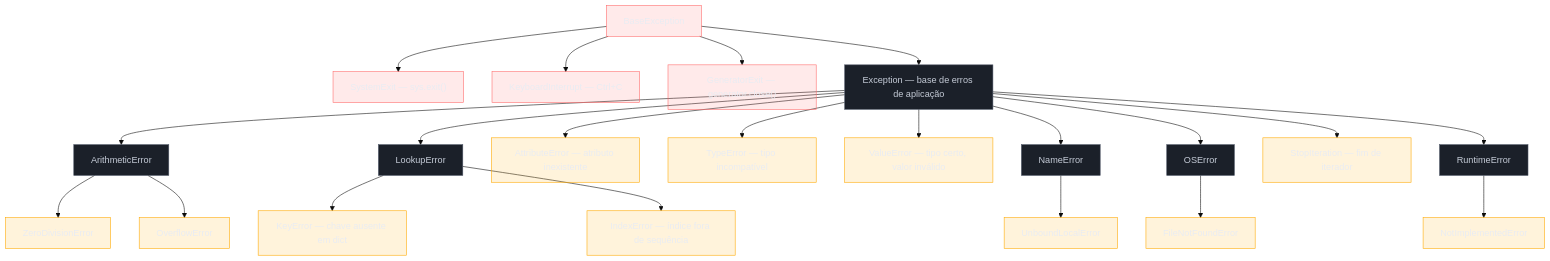
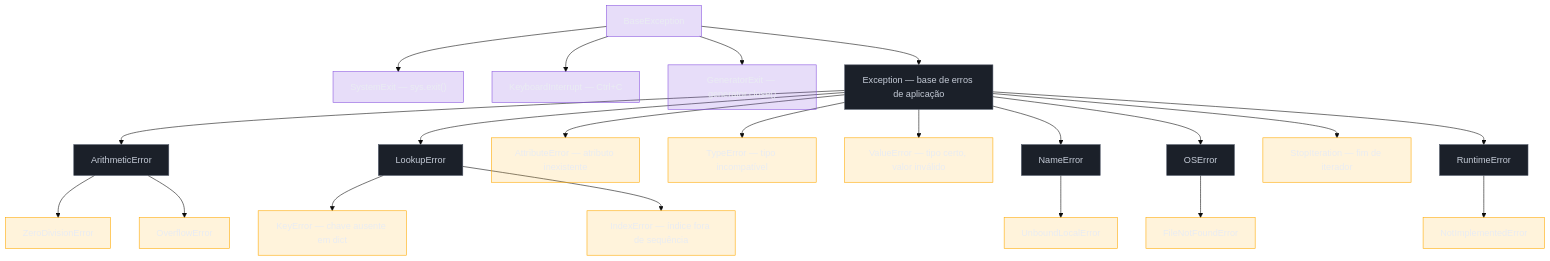
One commit to josenaldo/codex-technomanticus changed the second of 2 diagrams in 03-Dominios/Tecnologia/Python/Core/08 - Erros e exceções.md. Above: the diagram before and after it, drawn with Mermaid (base theme). The commit also changed other lines of this file and 601 other files, not shown here.

````diff
--- a/03-Dominios/Tecnologia/Python/Core/08 - Erros e exceções.md
+++ b/03-Dominios/Tecnologia/Python/Core/08 - Erros e exceções.md
@@ -193,51 +193,51 @@
 ```mermaid
 flowchart TB
-    classDef falha fill:#FF6B6B24,stroke:#FF6B6B,color:#E9ECF2
+    classDef marca fill:#8855DF33,stroke:#8855DF,color:#E9ECF2
     classDef neutro fill:#1B2029,stroke:#4E5666,color:#C6CCD8
     classDef destaque fill:#FFAA0024,stroke:#FFAA00,color:#E9ECF2
     BE["BaseException"] --> SE["SystemExit — sys.exit()"]
     BE --> KI["KeyboardInterrupt — Ctrl+C"]
     BE --> GE["GeneratorExit — generator.close()"]
     BE --> EXC["Exception — base de erros de aplicação"]
 
     EXC --> AE["ArithmeticError"]
     AE --> ZDE["ZeroDivisionError"]
     AE --> OFE["OverflowError"]
 
     EXC --> LE["LookupError"]
     LE --> KE["KeyError — chave ausente em dict"]
     LE --> IE["IndexError — índice fora de sequência"]
 
     EXC --> ATE["AttributeError — atributo inexistente"]
     EXC --> TE["TypeError — tipo incompatível"]
     EXC --> VE["ValueError — tipo certo, valor inválido"]
     EXC --> NE["NameError"]
     NE --> ULE["UnboundLocalError"]
     EXC --> OSE["OSError"]
     OSE --> FNF["FileNotFoundError"]
     EXC --> SI["StopIteration — fim de iterador"]
     EXC --> RE["RuntimeError"]
     RE --> NIE["NotImplementedError"]
 
-    class BE falha
-    class SE falha
-    class KI falha
-    class GE falha
+    class BE marca
+    class SE marca
+    class KI marca
+    class GE marca
     class EXC neutro
     class LE neutro
     class KE destaque
     class IE destaque
     class ATE destaque
     class TE destaque
     class VE destaque
     class AE neutro
     class ZDE destaque
     class OFE destaque
     class NE neutro
     class ULE destaque
     class OSE neutro
     class FNF destaque
     class SI destaque
     class RE neutro
     class NIE destaque
 ```
````
